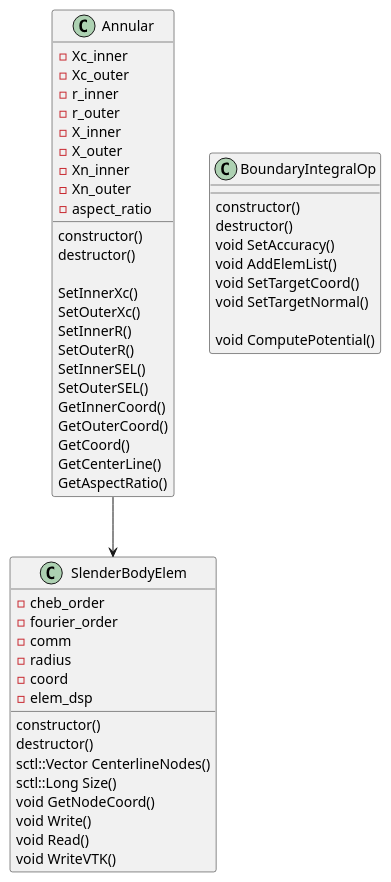
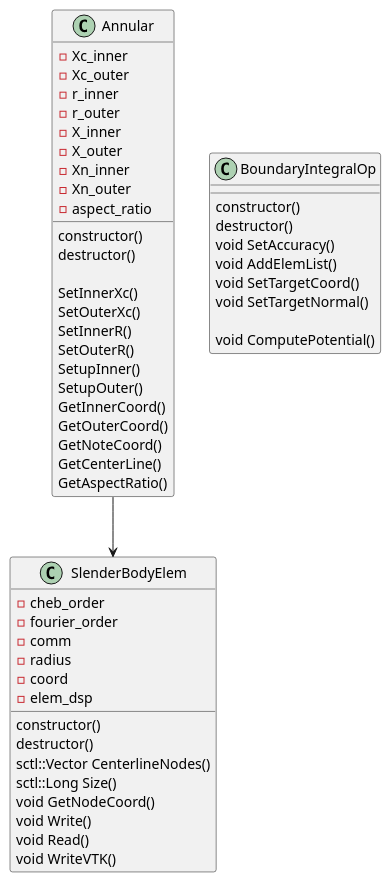
One commit to TianyueLi75/glymphbie changed the diagram in spatial_uml.puml. Above: the diagram before and after it, drawn with PlantUML. The commit also changed 2 other files, not shown here.

```diff
--- a/spatial_uml.puml
+++ b/spatial_uml.puml
@@ -1,63 +1,63 @@
 @startuml csbq
 
 class SlenderBodyElem {
     - cheb_order
     - fourier_order
     - comm
     - radius
     - coord
     - elem_dsp
 
     constructor()
     destructor()
     sctl::Vector CenterlineNodes()
     sctl::Long Size()
     void GetNodeCoord()
     void Write()
     void Read()
     void WriteVTK()
 
 }
 
 class BoundaryIntegralOp {
     constructor()
     destructor()
     void SetAccuracy()
     void AddElemList()
     void SetTargetCoord()
     void SetTargetNormal()
 
     void ComputePotential()
 }
 
 class Annular {
     - Xc_inner
     - Xc_outer
     - r_inner
     - r_outer
     - X_inner 
     - X_outer
     - Xn_inner
     - Xn_outer 
     - aspect_ratio
 
     constructor() 
     destructor()
 
     SetInnerXc()
     SetOuterXc()
     SetInnerR()
     SetOuterR()
-    SetInnerSEL() 
-    SetOuterSEL() 
+    SetupInner() 
+    SetupOuter() 
     GetInnerCoord()
     GetOuterCoord()
-    GetCoord()
+    GetNoteCoord()
     GetCenterLine()
     GetAspectRatio()
 }
 
 Annular --> SlenderBodyElem
 
 
 @enduml
```
